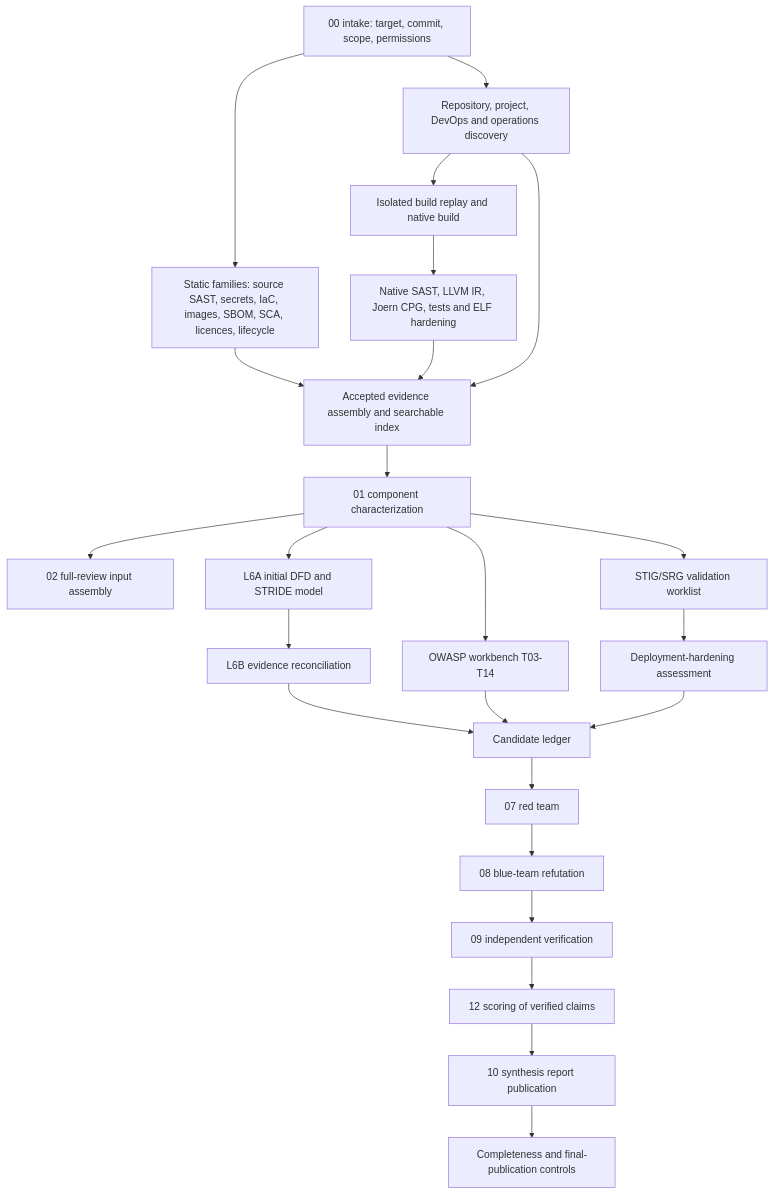
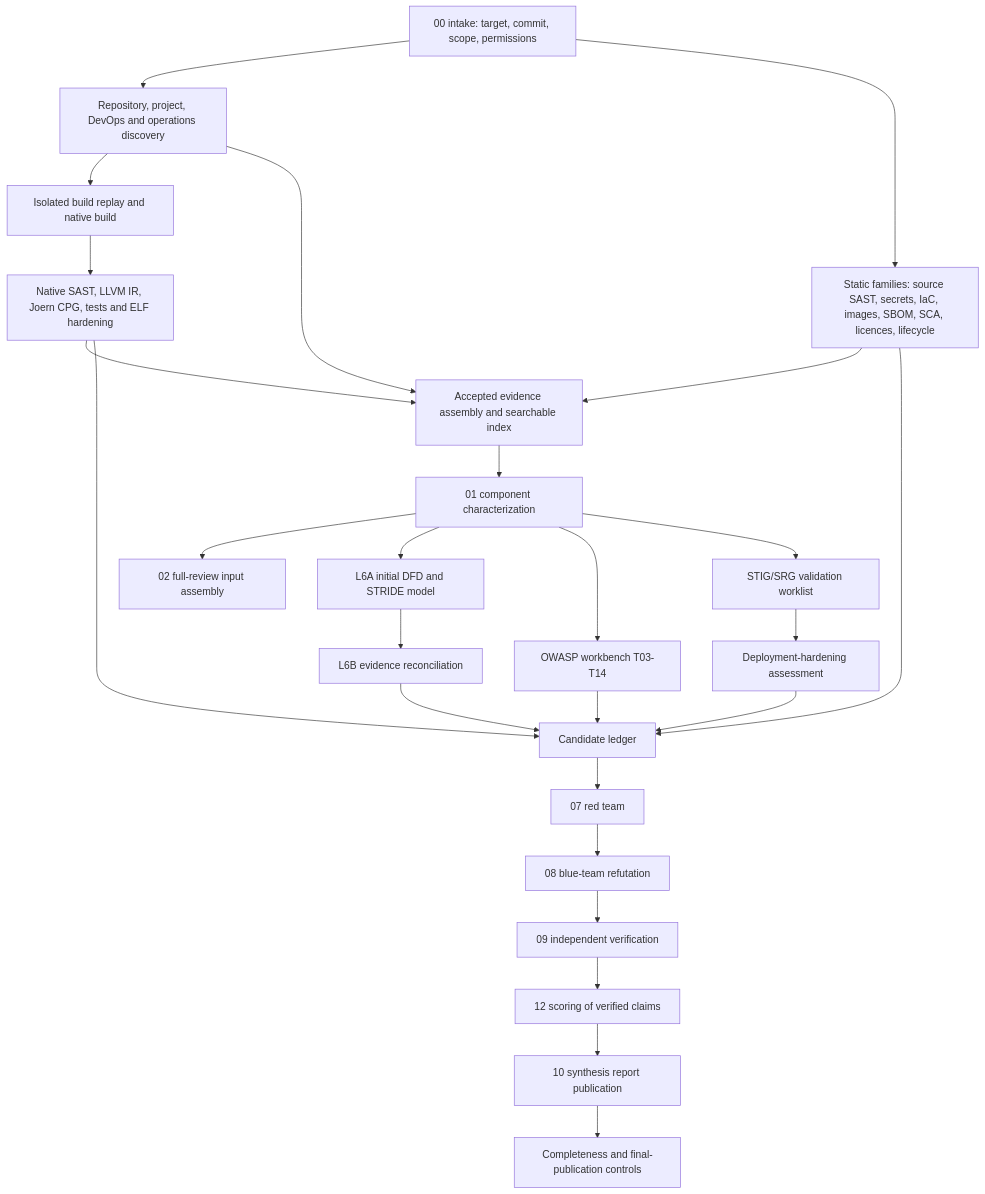
Before and after one commit to wsollers/appsec-review: the diagram in docs/appsec-review-process-flow.md, drawn with Mermaid. The commit also changed other lines of this file and 12 other files, not shown here.

````diff
--- a/docs/appsec-review-process-flow.md
+++ b/docs/appsec-review-process-flow.md
@@ -11,22 +11,23 @@
 ```mermaid
 flowchart TD
   I[00 intake: target, commit, scope, permissions] --> D[Repository, project, DevOps and operations discovery]
   I --> S[Static families: source SAST, secrets, IaC, images, SBOM, SCA, licences, lifecycle]
   D --> B[Isolated build replay and native build]
   B --> N[Native SAST, LLVM IR, Joern CPG, tests and ELF hardening]
   S & N & D --> E[Accepted evidence assembly and searchable index]
   E --> C[01 component characterization]
   C --> P[02 full-review input assembly]
   C --> T1[L6A initial DFD and STRIDE model]
   T1 --> T2[L6B evidence reconciliation]
   C --> O[OWASP workbench T03-T14]
   C --> G[STIG/SRG validation worklist]
   G --> H[Deployment-hardening assessment]
   T2 & O & H --> L[Candidate ledger]
+  S & N --> L
   L --> R[07 red team]
   R --> U[08 blue-team refutation]
   U --> V[09 independent verification]
   V --> Q[12 scoring of verified claims]
   Q --> X[10 synthesis report publication]
   X --> A[Completeness and final-publication controls]
 ```
````
